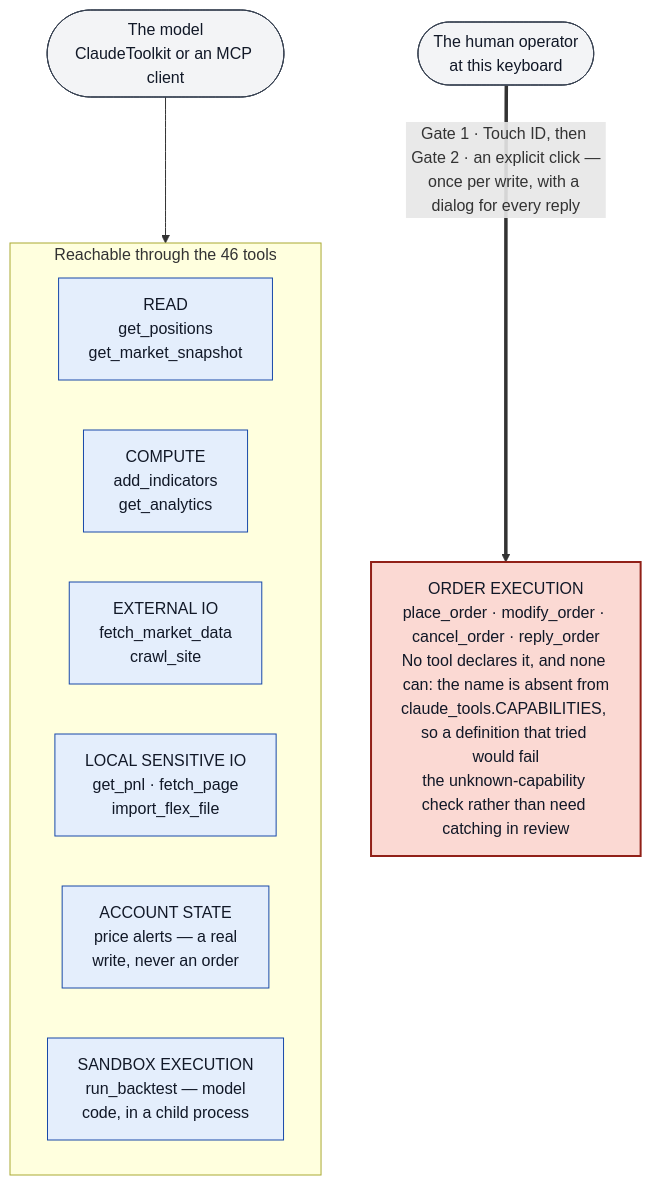
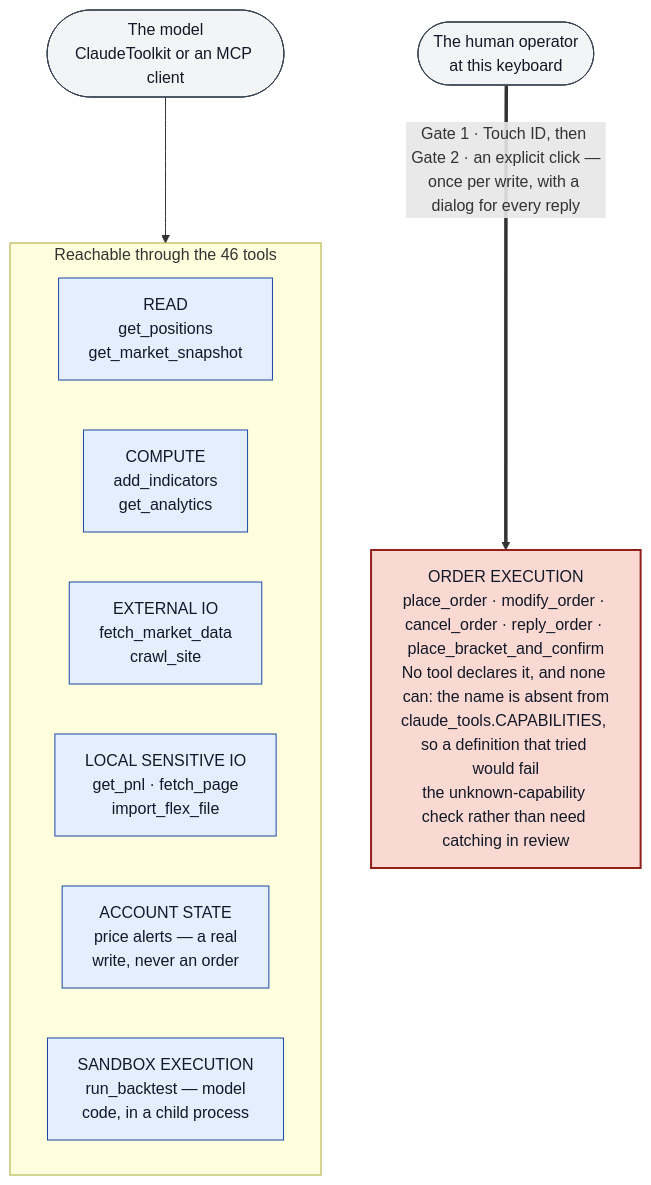
Before and after one commit to stephus182/ibkr_core_mcp: the first of 5 diagrams in docs/security-architecture.md, drawn with Mermaid. The commit also changed other lines of this file and 14 other files, not shown here.

````diff
--- a/docs/security-architecture.md
+++ b/docs/security-architecture.md
@@ -96,28 +96,28 @@
 ```mermaid
 flowchart TB
     classDef reach fill:#e4eefc,stroke:#1849a9,color:#111827
     classDef norch fill:#fbd9d3,stroke:#912018,color:#111827,stroke-width:2px
     classDef actor fill:#f3f4f6,stroke:#374151,color:#111827
 
     M(["The model<br/>ClaudeToolkit or an MCP client"])
     H(["The human operator<br/>at this keyboard"])
 
     subgraph REACH["Reachable through the 46 tools"]
         direction LR
         T1["READ<br/>get_positions<br/>get_market_snapshot"]
         T2["COMPUTE<br/>add_indicators<br/>get_analytics"]
         T3["EXTERNAL IO<br/>fetch_market_data<br/>crawl_site"]
         T4["LOCAL SENSITIVE IO<br/>get_pnl · fetch_page<br/>import_flex_file"]
         T5["ACCOUNT STATE<br/>price alerts — a real<br/>write, never an order"]
         T6["SANDBOX EXECUTION<br/>run_backtest — model<br/>code, in a child process"]
     end
 
-    OE["ORDER EXECUTION<br/>place_order · modify_order · cancel_order · reply_order<br/>No tool declares it, and none can: the name is absent from<br/>claude_tools.CAPABILITIES, so a definition that tried would fail<br/>the unknown-capability check rather than need catching in review"]
+    OE["ORDER EXECUTION<br/>place_order · modify_order · cancel_order · reply_order · place_bracket_and_confirm<br/>No tool declares it, and none can: the name is absent from<br/>claude_tools.CAPABILITIES, so a definition that tried would fail<br/>the unknown-capability check rather than need catching in review"]
 
     M --> REACH
     H == "Gate 1 · Touch ID, then Gate 2 · an explicit click —<br/>once per write, with a dialog for every reply" ==> OE
 
     class T1,T2,T3,T4,T5,T6 reach
     class OE norch
     class M,H actor
 ```
````
